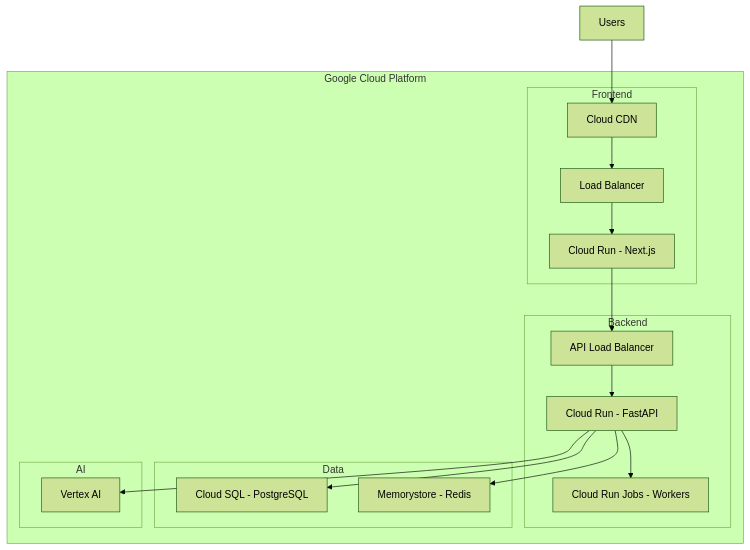
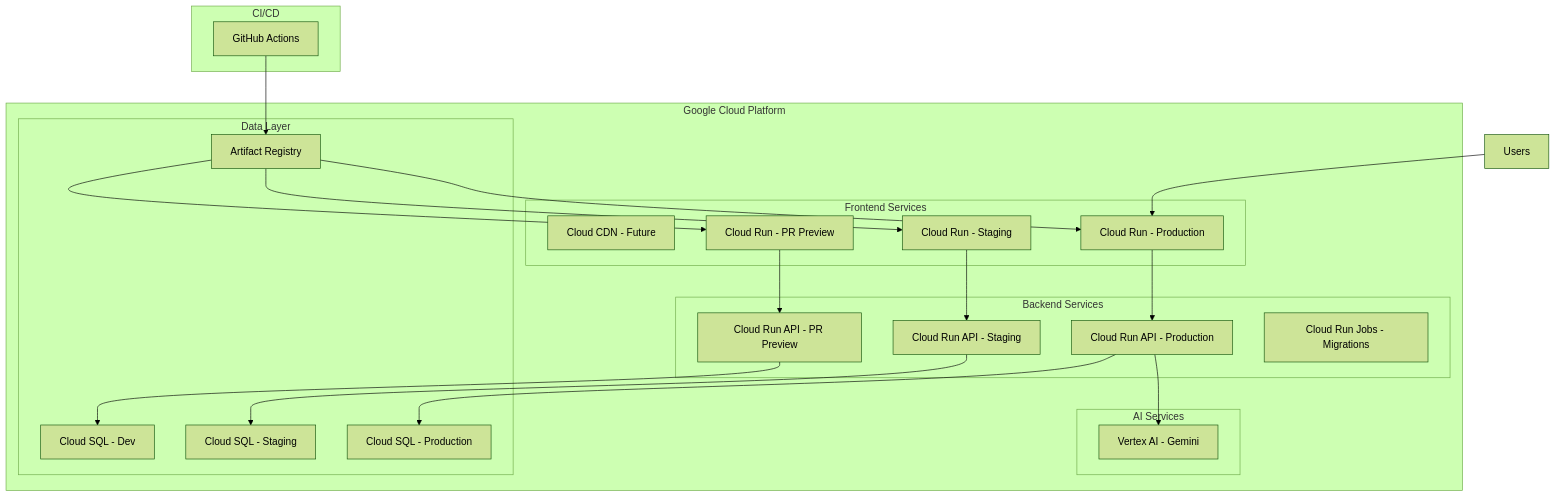
Before and after one commit to FuzzyIO/app-pickedfor.me: the eighth of 9 diagrams in architecture.md, drawn with Mermaid (forest theme). The commit also changed other lines of this file and 2 other files, not shown here.

Commit message:
Update documentation with CI/CD implementation details

````diff
--- a/architecture.md
+++ b/architecture.md
@@ -353,35 +353,48 @@
 ```mermaid
 graph TB
     subgraph "Google Cloud Platform"
-        subgraph "Frontend"
-            CDN[Cloud CDN]
-            LB[Load Balancer]
-            CR[Cloud Run - Next.js]
+        subgraph "Frontend Services"
+            CDN[Cloud CDN - Future]
+            CR_PR[Cloud Run - PR Preview]
+            CR_STG[Cloud Run - Staging]
+            CR_PROD[Cloud Run - Production]
         end
         
-        subgraph "Backend"
-            APILB[API Load Balancer]
-            APIRun[Cloud Run - FastAPI]
-            Workers[Cloud Run Jobs - Workers]
+        subgraph "Backend Services"
+            API_PR[Cloud Run API - PR Preview]
+            API_STG[Cloud Run API - Staging]
+            API_PROD[Cloud Run API - Production]
+            Jobs[Cloud Run Jobs - Migrations]
         end
         
-        subgraph "Data"
-            SQL[Cloud SQL - PostgreSQL]
-            Memstore[Memorystore - Redis]
+        subgraph "Data Layer"
+            SQL_DEV[Cloud SQL - Dev]
+            SQL_STG[Cloud SQL - Staging]
+            SQL_PROD[Cloud SQL - Production]
+            AR[Artifact Registry]
         end
         
-        subgraph "AI"
-            Vertex[Vertex AI]
+        subgraph "AI Services"
+            Vertex[Vertex AI - Gemini]
         end
     end
     
-    Users[Users] --> CDN
-    CDN --> LB
-    LB --> CR
-    CR --> APILB
-    APILB --> APIRun
-    APIRun --> SQL
-    APIRun --> Memstore
-    APIRun --> Vertex
-    APIRun --> Workers
+    subgraph "CI/CD"
+        GH[GitHub Actions]
+        GH --> AR
+        AR --> CR_PR
+        AR --> CR_STG
+        AR --> CR_PROD
+    end
+    
+    Users[Users] --> CR_PROD
+    CR_PROD --> API_PROD
+    API_PROD --> SQL_PROD
+    API_PROD --> Vertex
+    
+    CR_STG --> API_STG
+    API_STG --> SQL_STG
+    
+    CR_PR --> API_PR
+    API_PR --> SQL_DEV
 ```
````
